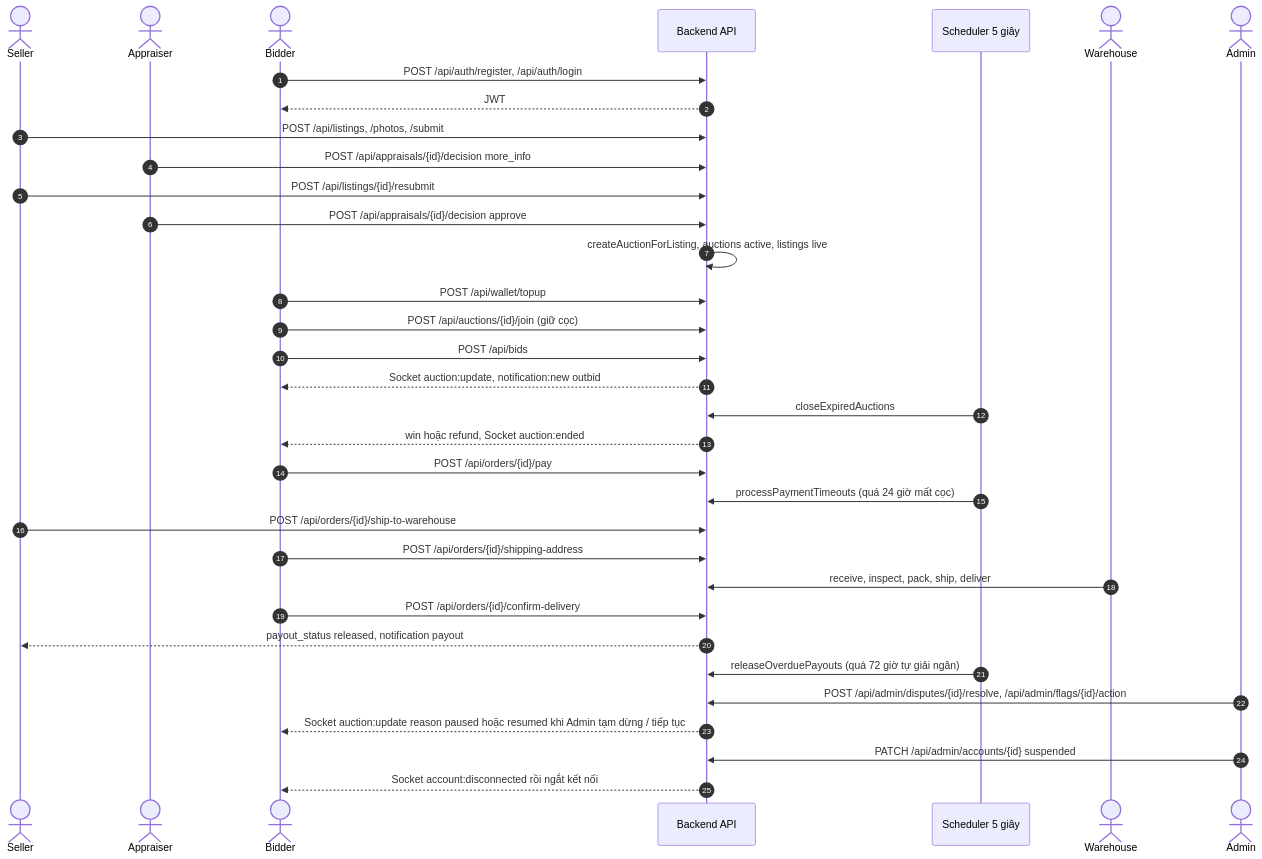
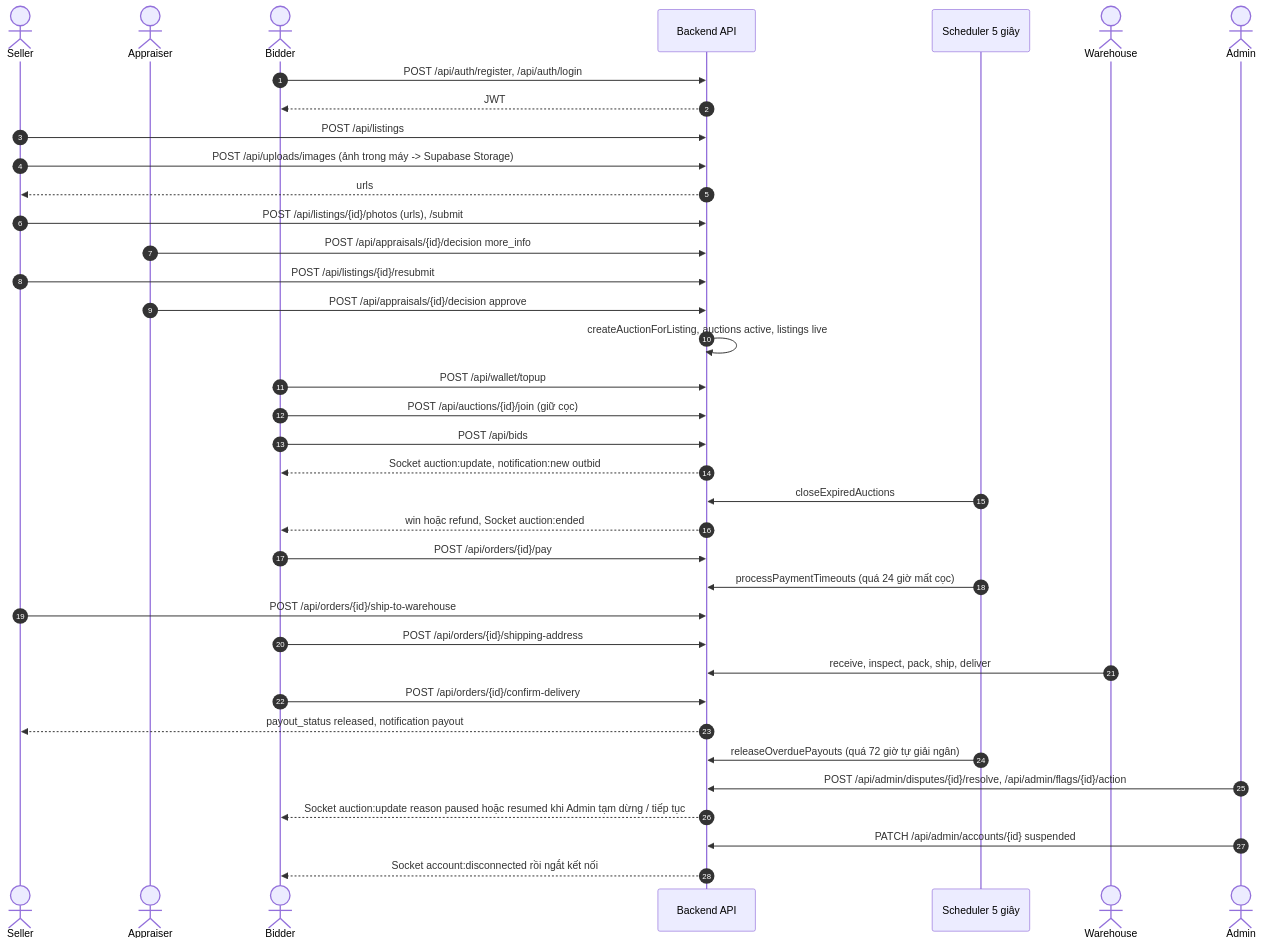
One commit to HoaiAn1510/bidvibe_be changed the first of 5 diagrams in docs/mainflow.md. Above: the diagram before and after it, drawn with Mermaid. The commit also changed other lines of this file and 8 other files, not shown here.

````diff
--- a/docs/mainflow.md
+++ b/docs/mainflow.md
@@ -193,37 +194,40 @@
 ```mermaid
 sequenceDiagram
     autonumber
     actor S as Seller
     actor A as Appraiser
     actor B as Bidder
     participant API as Backend API
     participant J as Scheduler 5 giây
     actor W as Warehouse
     actor AD as Admin
 
     B->>API: POST /api/auth/register, /api/auth/login
     API-->>B: JWT
-    S->>API: POST /api/listings, /photos, /submit
+    S->>API: POST /api/listings
+    S->>API: POST /api/uploads/images (ảnh trong máy -> Supabase Storage)
+    API-->>S: urls
+    S->>API: POST /api/listings/{id}/photos (urls), /submit
     A->>API: POST /api/appraisals/{id}/decision more_info
     S->>API: POST /api/listings/{id}/resubmit
     A->>API: POST /api/appraisals/{id}/decision approve
     API->>API: createAuctionForListing, auctions active, listings live
     B->>API: POST /api/wallet/topup
     B->>API: POST /api/auctions/{id}/join (giữ cọc)
     B->>API: POST /api/bids
     API-->>B: Socket auction:update, notification:new outbid
     J->>API: closeExpiredAuctions
     API-->>B: win hoặc refund, Socket auction:ended
     B->>API: POST /api/orders/{id}/pay
     J->>API: processPaymentTimeouts (quá 24 giờ mất cọc)
     S->>API: POST /api/orders/{id}/ship-to-warehouse
     B->>API: POST /api/orders/{id}/shipping-address
     W->>API: receive, inspect, pack, ship, deliver
     B->>API: POST /api/orders/{id}/confirm-delivery
     API-->>S: payout_status released, notification payout
     J->>API: releaseOverduePayouts (quá 72 giờ tự giải ngân)
     AD->>API: POST /api/admin/disputes/{id}/resolve, /api/admin/flags/{id}/action
     API-->>B: Socket auction:update reason paused hoặc resumed khi Admin tạm dừng / tiếp tục
     AD->>API: PATCH /api/admin/accounts/{id} suspended
     API-->>B: Socket account:disconnected rồi ngắt kết nối
 ```
````
